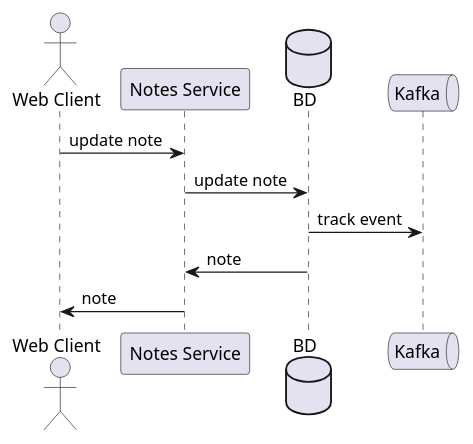
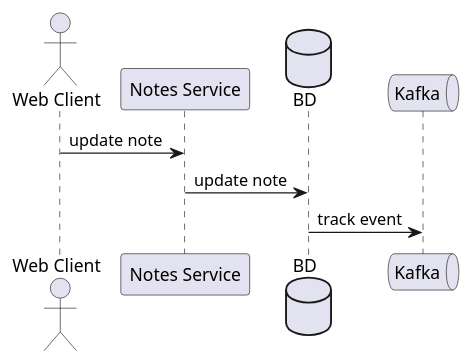
One commit to YVorobei/Notes changed the diagram in note-service-doc/diagrams/notes-update-item.puml. Above: the diagram before and after it, drawn with PlantUML. The commit also changed 2 other files, not shown here.

```diff
--- a/note-service-doc/diagrams/notes-update-item.puml
+++ b/note-service-doc/diagrams/notes-update-item.puml
@@ -1,14 +1,12 @@
 @startuml
 'https://plantuml.com/sequence-diagram
 
 actor "Web Client" as CL
 participant "Notes Service" as NS
 Database  "BD"
 queue "Kafka"
 
 CL -> NS: update note
 NS -> BD: update note
 BD -> Kafka: track event
-NS <- BD: note
-CL <- NS: note
 @enduml
```
